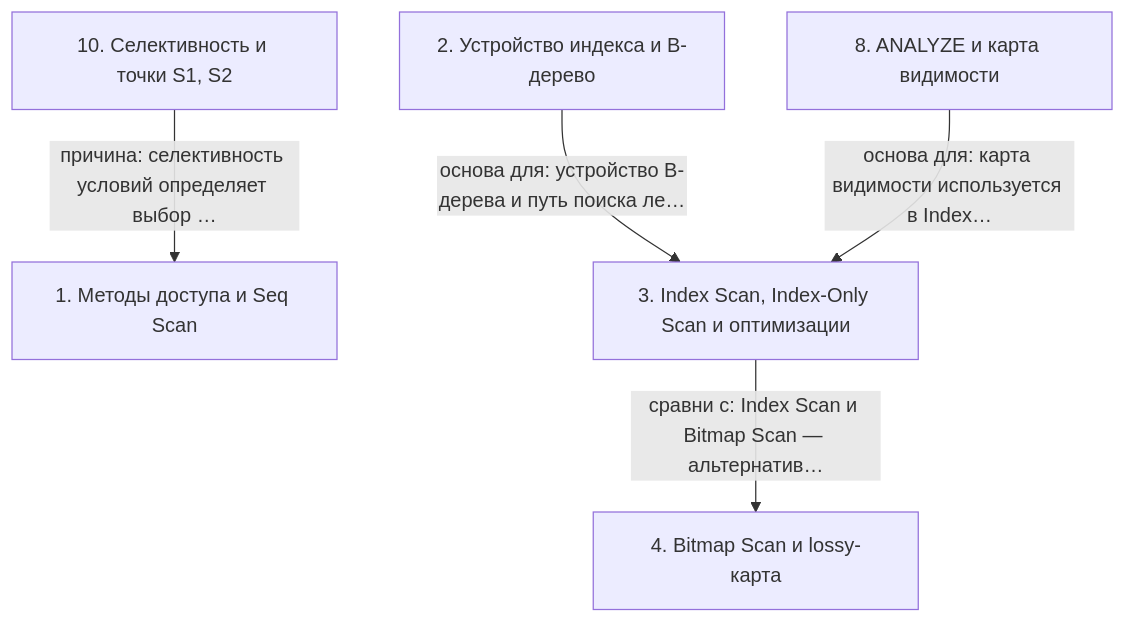
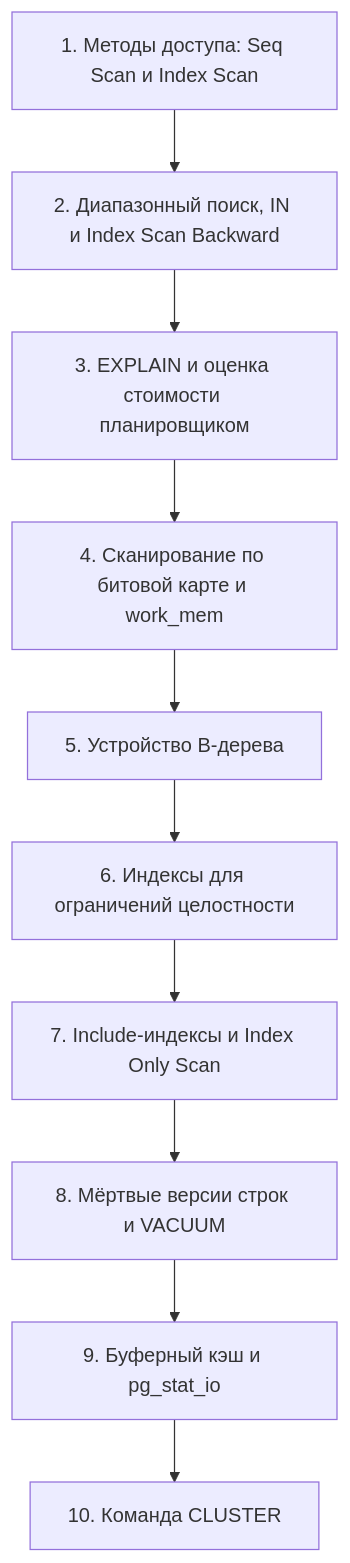
The diagram in postgres-qpt/04 - QPT-16. 03. Методы доступа/notes.md (AsoloCode/notes), drawn with Mermaid before and after one commit. The commit also changed other lines of this file and 503 other files, not shown here.

First line of the commit message:
Обновить конспекты PostgreSQL (QPT-16, DEV1-16): слайды, схемы, факт-чек

````diff
--- a/postgres-qpt/04 - QPT-16. 03. Методы доступа/notes.md
+++ b/postgres-qpt/04 - QPT-16. 03. Методы доступа/notes.md
@@ -131,13 +859,22 @@
 ```mermaid
 flowchart TD
-    n1["1. Методы доступа и Seq Scan"]
-    n2["2. Устройство индекса и B-дерево"]
-    n3["3. Index Scan, Index-Only Scan и оптимизации"]
-    n4["4. Bitmap Scan и lossy-карта"]
-    n8["8. ANALYZE и карта видимости"]
-    n10["10. Селективность и точки S1, S2"]
-    n2 -->|основа для: устройство B-дерева и путь поиска ле…| n3
-    n3 -->|сравни с: Index Scan и Bitmap Scan — альтернатив…| n4
-    n8 -->|основа для: карта видимости используется в Index…| n3
-    n10 -->|причина: селективность условий определяет выбор …| n1
+    n1["1. Методы доступа: Seq Scan и Index Scan"]
+    n2["2. Диапазонный поиск, IN и Index Scan Backward"]
+    n3["3. EXPLAIN и оценка стоимости планировщиком"]
+    n4["4. Сканирование по битовой карте и work_mem"]
+    n5["5. Устройство B-дерева"]
+    n6["6. Индексы для ограничений целостности"]
+    n7["7. Include-индексы и Index Only Scan"]
+    n8["8. Мёртвые версии строк и VACUUM"]
+    n9["9. Буферный кэш и pg_stat_io"]
+    n10["10. Команда CLUSTER"]
+    n1 --> n2
+    n2 --> n3
+    n3 --> n4
+    n4 --> n5
+    n5 --> n6
+    n6 --> n7
+    n7 --> n8
+    n8 --> n9
+    n9 --> n10
 ```
````
